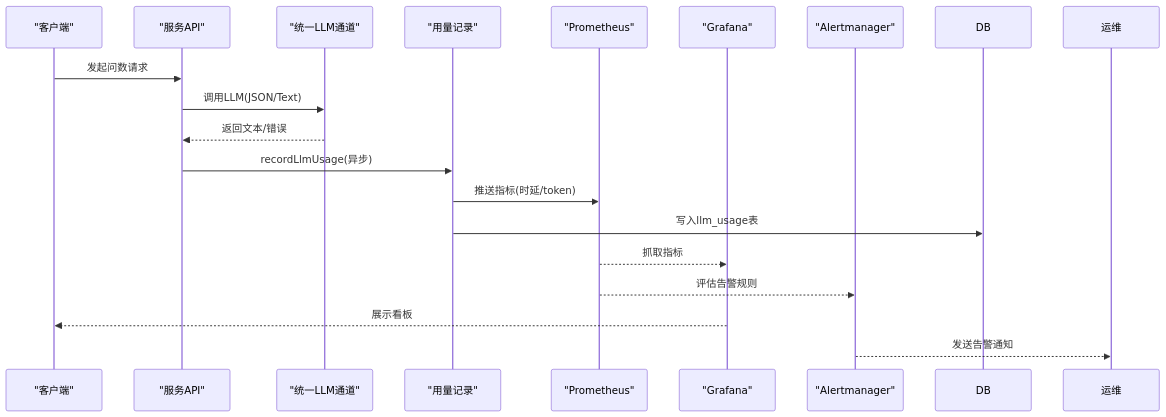
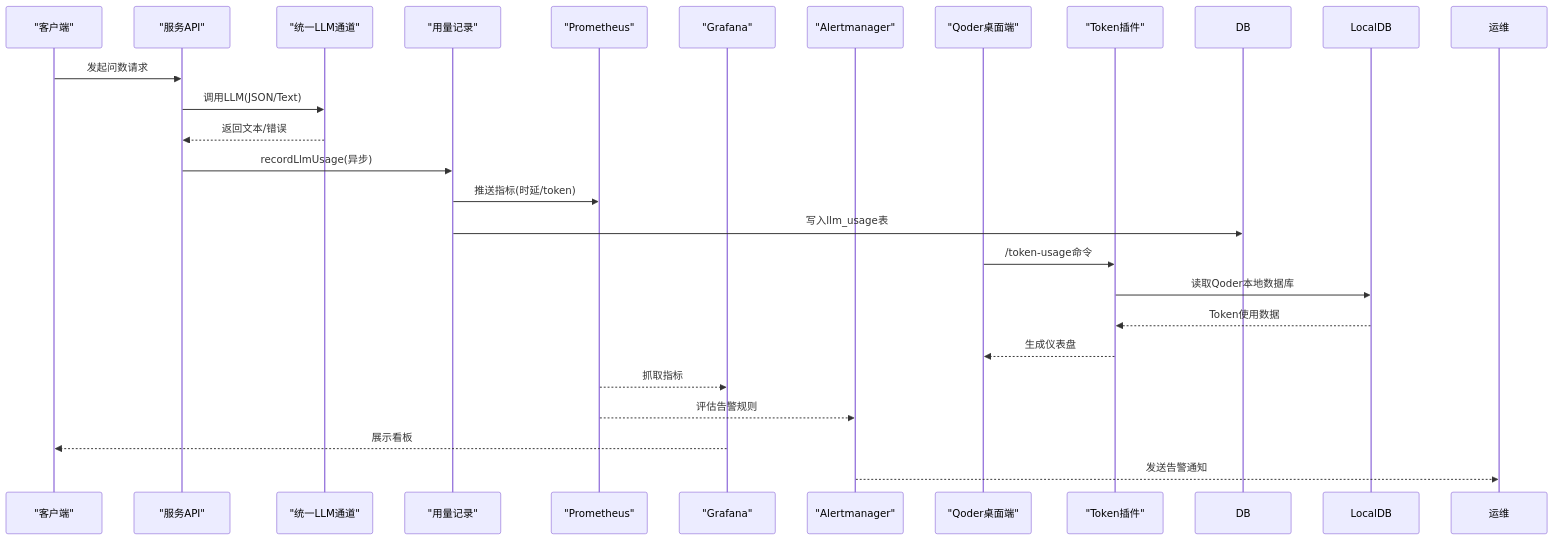
The second of 8 diagrams in .qoder/repowiki/zh/content/AI与LLM集成/性能监控与成本优化.md (dgjin/smart-data-analytics), drawn with Mermaid before and after one commit. The commit also changed other lines of this file and 146 other files, not shown here.

````diff
--- a/.qoder/repowiki/zh/content/AI与LLM集成/性能监控与成本优化.md
+++ b/.qoder/repowiki/zh/content/AI与LLM集成/性能监控与成本优化.md
@@ -91,20 +111,26 @@
 ```mermaid
 sequenceDiagram
 participant C as "客户端"
 participant A as "服务API"
 participant L as "统一LLM通道"
 participant U as "用量记录"
 participant M as "Prometheus"
 participant G as "Grafana"
 participant AL as "Alertmanager"
+participant D as "Qoder桌面端"
+participant P as "Token插件"
 C->>A : 发起问数请求
 A->>L : 调用LLM(JSON/Text)
 L-->>A : 返回文本/错误
 A->>U : recordLlmUsage(异步)
 U->>M : 推送指标(时延/token)
 U->>DB : 写入llm_usage表
+D->>P : /token-usage命令
+P->>LocalDB : 读取Qoder本地数据库
+LocalDB-->>P : Token使用数据
+P-->>D : 生成仪表盘
 M-->>G : 抓取指标
 M-->>AL : 评估告警规则
 G-->>C : 展示看板
 AL-->>运维 : 发送告警通知
 ```
````
